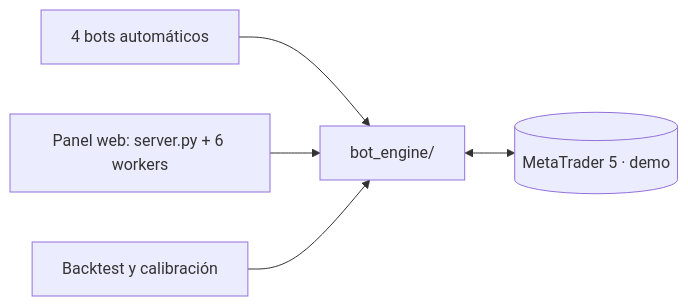
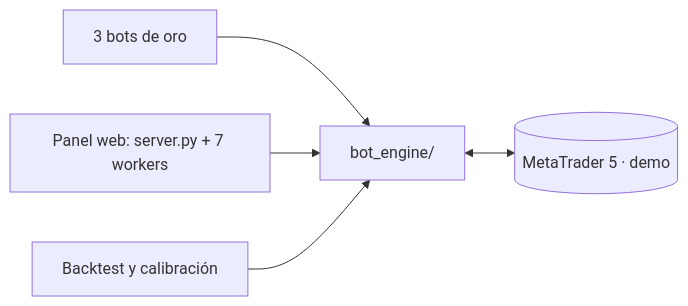
One commit to BlackEagle00/Bot-XAU-USD changed the diagram in README.md. Above: the diagram before and after it, drawn with Mermaid. The commit also changed other lines of this file and 37 other files, not shown here.

````diff
--- a/README.md
+++ b/README.md
@@ -33,7 +35,7 @@
 ```mermaid
 flowchart LR
-    B[4 bots automáticos] --> E[bot_engine/]
-    P[Panel web: server.py + 6 workers] --> E
+    B[3 bots de oro] --> E[bot_engine/]
+    P[Panel web: server.py + 7 workers] --> E
     T[Backtest y calibración] --> E
     E <--> MT5[(MetaTrader 5 · demo)]
 ```
````
